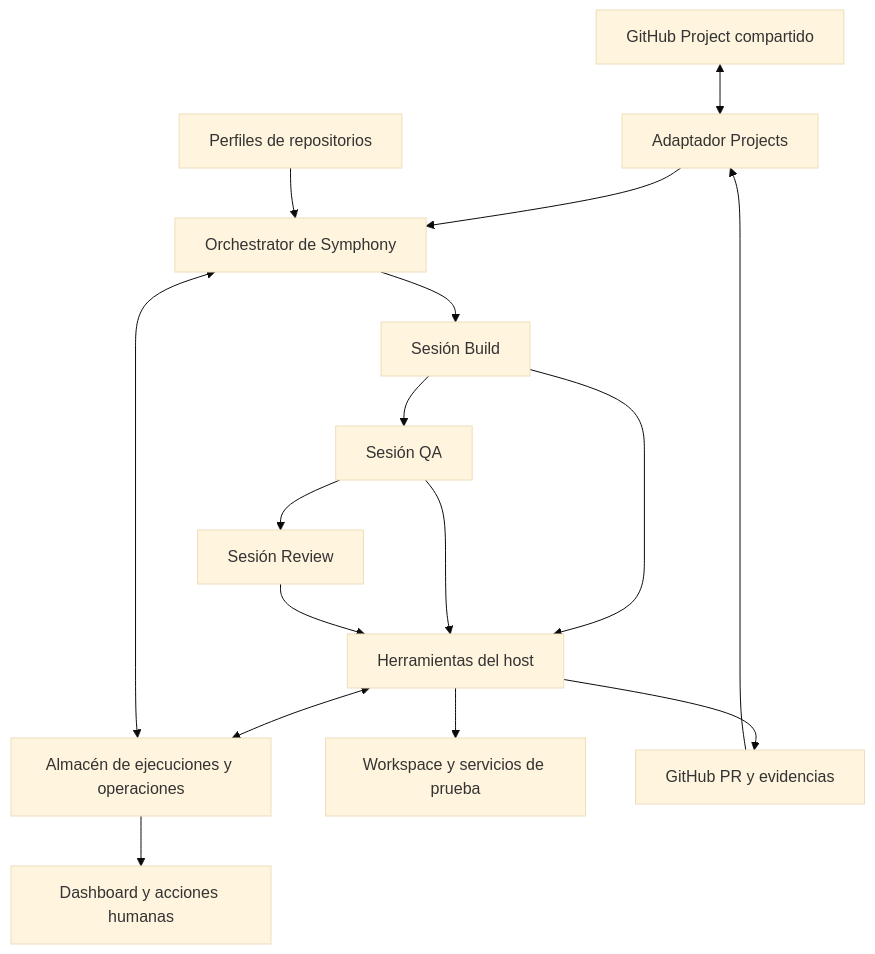
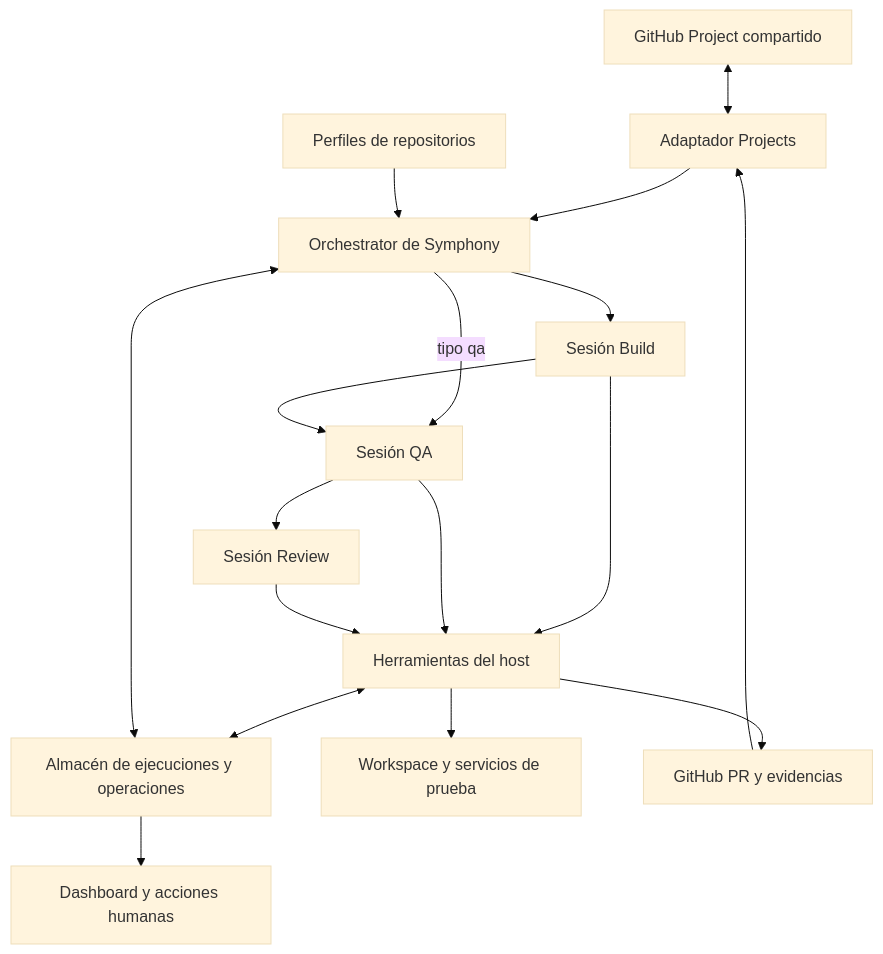
Before and after one commit to Compralaentrada/symphony: the diagram in docs/superboard-symphony-plan.md, drawn with Mermaid (base theme). The commit also changed other lines of this file and 10 other files, not shown here.

````diff
--- a/docs/superboard-symphony-plan.md
+++ b/docs/superboard-symphony-plan.md
@@ -63,18 +70,19 @@
 ```mermaid
 flowchart TD
     T[GitHub Project compartido] <--> P[Adaptador Projects]
     P --> O[Orchestrator de Symphony]
     R[Perfiles de repositorios] --> O
     D[Almacén de ejecuciones y operaciones] <--> O
     O --> B[Sesión Build]
+    O -->|tipo qa| Q
     B --> Q[Sesión QA]
     Q --> V[Sesión Review]
     B --> H[Herramientas del host]
     Q --> H
     V --> H
     H --> W[Workspace y servicios de prueba]
     H --> G[GitHub PR y evidencias]
     H <--> D
     G --> P
     D --> U[Dashboard y acciones humanas]
 ```
````
